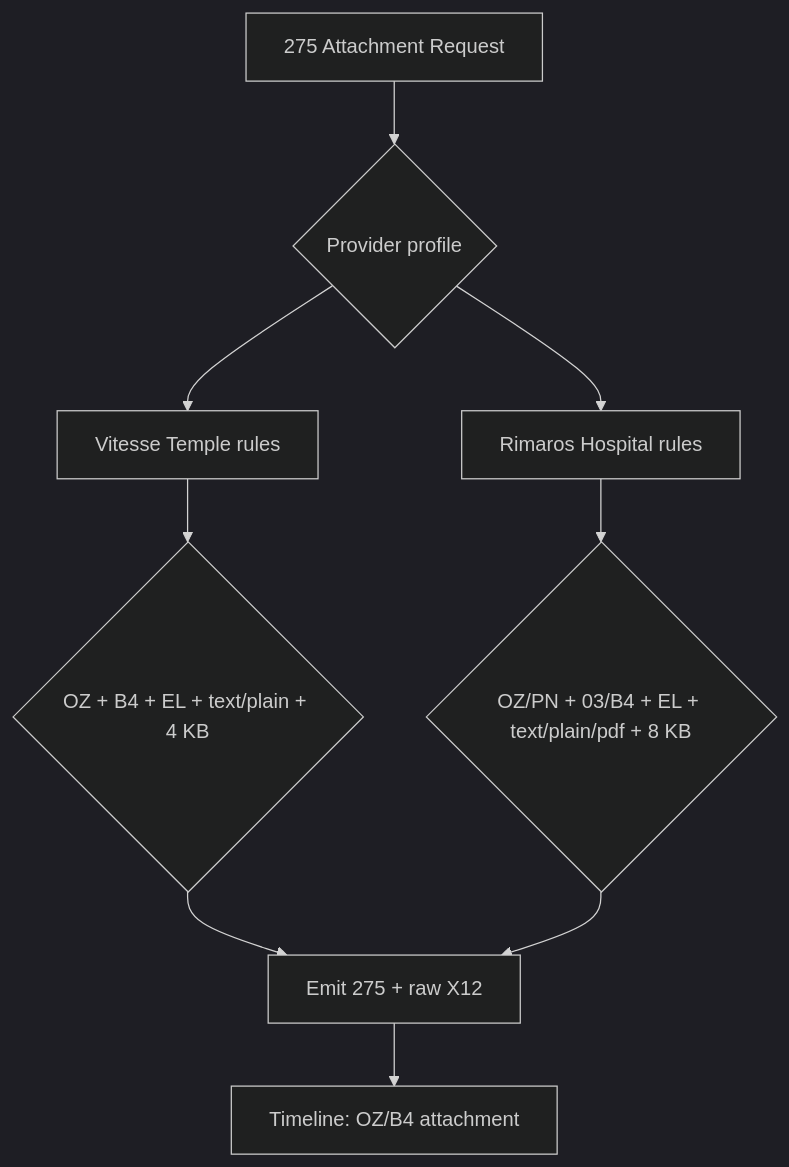
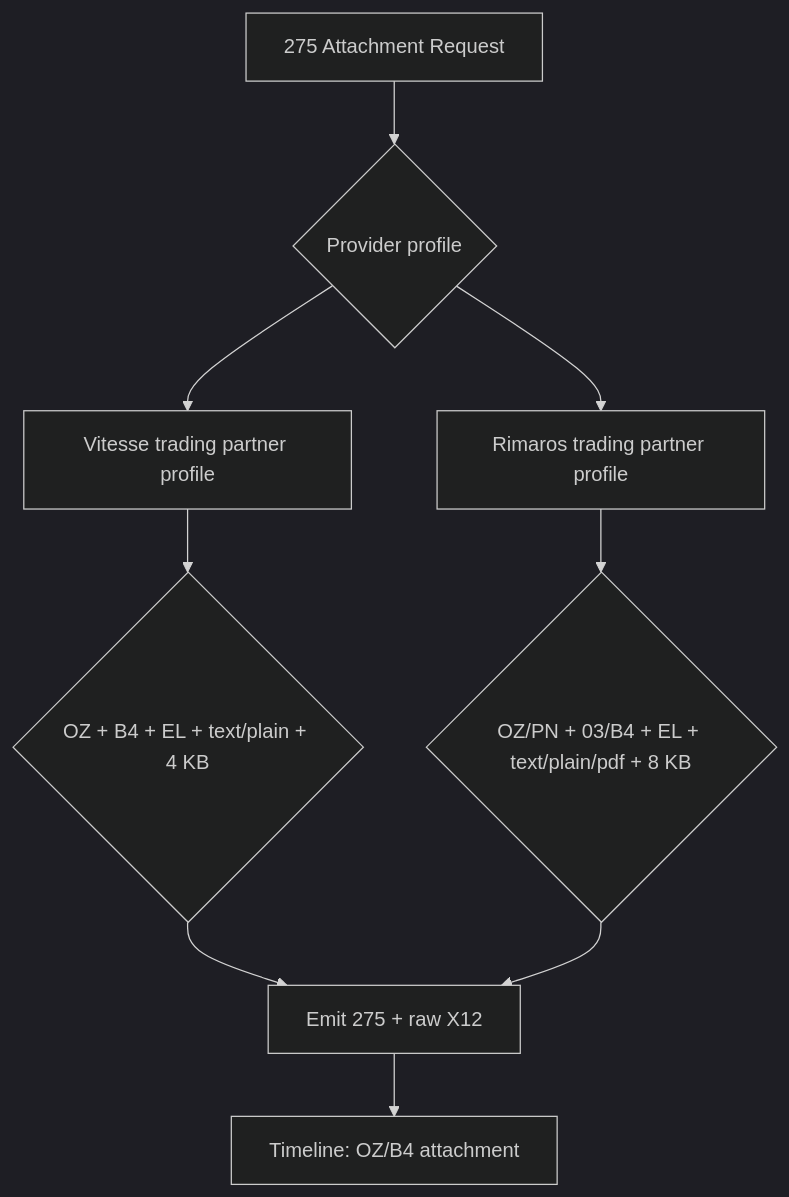
The ninth of 17 diagrams in docs/supported-workflows.md (orieken/adventure-society-health-network), drawn with Mermaid (dark theme) before and after one commit. The commit also changed other lines of this file and 21 other files, not shown here.

````diff
--- a/docs/supported-workflows.md
+++ b/docs/supported-workflows.md
@@ -186,11 +216,11 @@
 ```mermaid
 flowchart TD
     A["275 Attachment Request"] --> B{"Provider profile"}
-    B --> C["Vitesse Temple rules"]
-    B --> D["Rimaros Hospital rules"]
+    B --> C["Vitesse trading partner profile"]
+    B --> D["Rimaros trading partner profile"]
     C --> E{"OZ + B4 + EL + text/plain + 4 KB"}
     D --> F{"OZ/PN + 03/B4 + EL + text/plain/pdf + 8 KB"}
     E --> G["Emit 275 + raw X12"]
     F --> G
     G --> H["Timeline: OZ/B4 attachment"]
 ```
````
